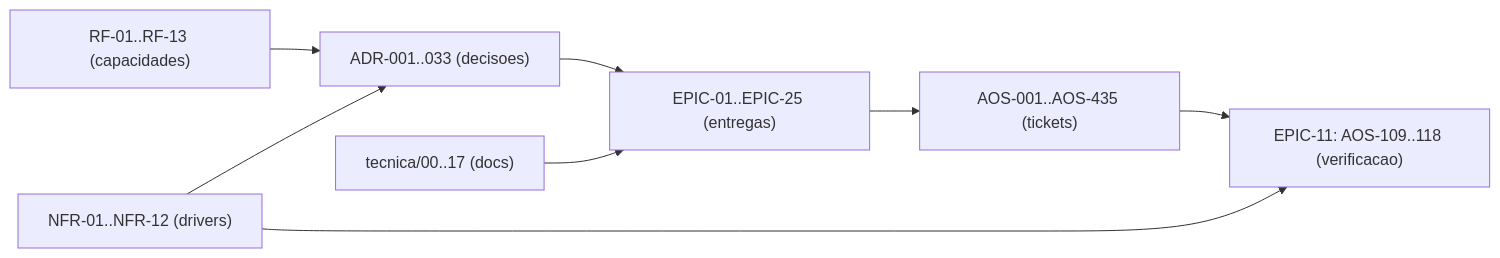
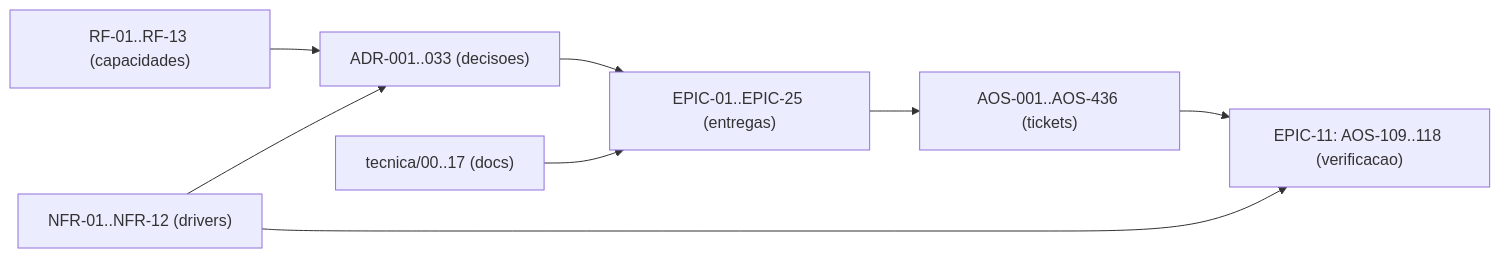
The diagram in tecnica/16_Rastreabilidade_RTM.md (albinoJimy/aos), drawn with Mermaid before and after one commit. The commit also changed other lines of this file and 27 other files, not shown here.

````diff
--- a/tecnica/16_Rastreabilidade_RTM.md
+++ b/tecnica/16_Rastreabilidade_RTM.md
@@ -195,10 +195,10 @@
 ```mermaid
 flowchart LR
     RF["RF-01..RF-13 (capacidades)"] --> ADR["ADR-001..033 (decisoes)"]
     NFR["NFR-01..NFR-12 (drivers)"] --> ADR
     ADR --> EPIC["EPIC-01..EPIC-25 (entregas)"]
-    EPIC --> TICK["AOS-001..AOS-435 (tickets)"]
+    EPIC --> TICK["AOS-001..AOS-436 (tickets)"]
     DOC["tecnica/00..17 (docs)"] --> EPIC
     TICK --> TEST["EPIC-11: AOS-109..118 (verificacao)"]
     NFR --> TEST
 ```
````
